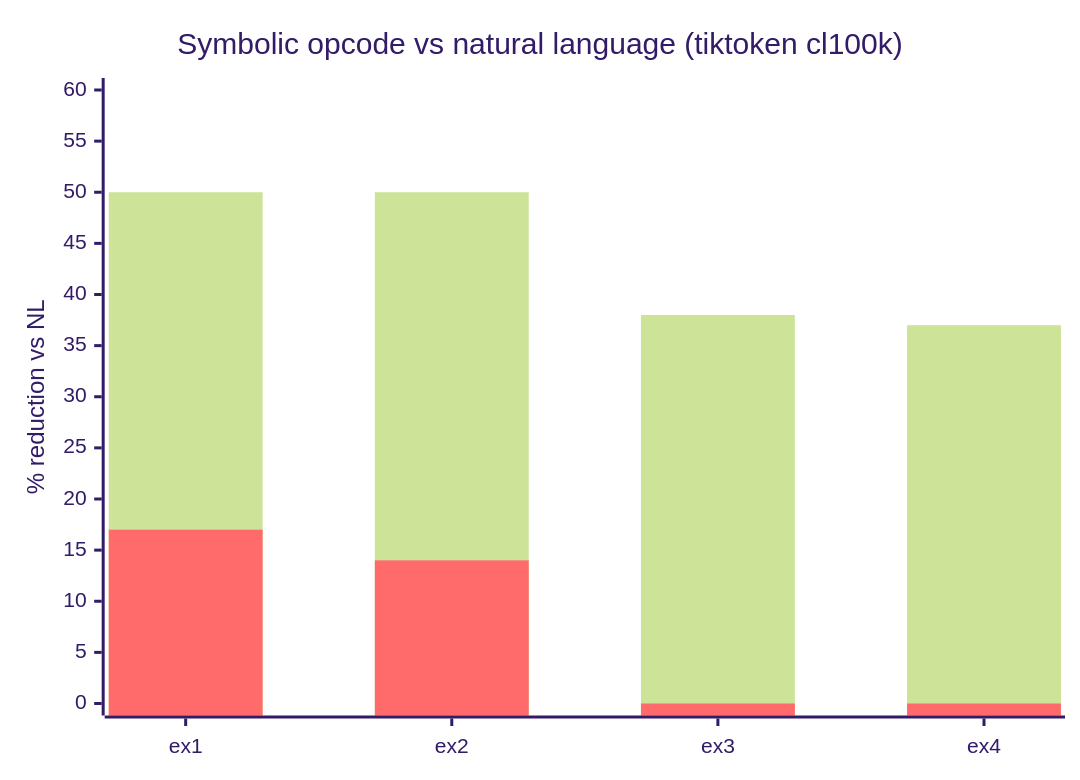
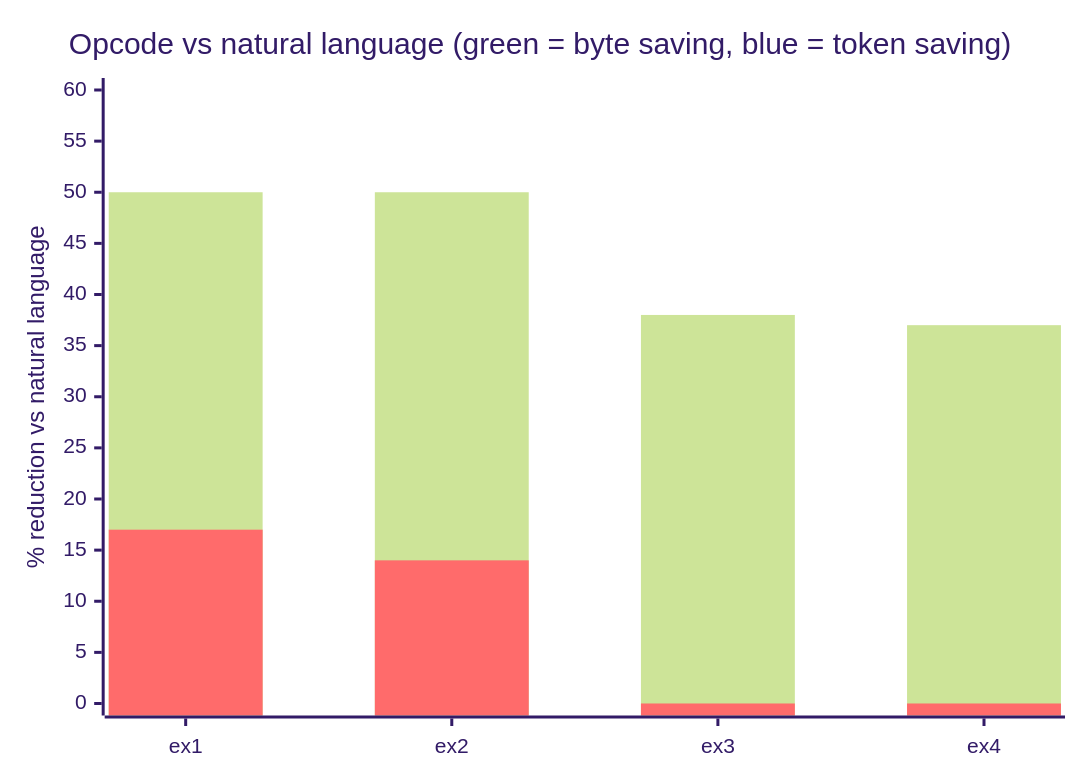
The second of 3 diagrams in README.md (parnish007/TOAP), drawn with Mermaid (forest theme) before and after one commit. The commit also changed other lines of this file and 1 other file, not shown here.

Commit message:
Add docs/EXPLAINER.md (detailed top-down walkthrough); de-emojify README, cleaner diagrams

````diff
--- a/README.md
+++ b/README.md
@@ -149,8 +162,8 @@
 ```mermaid
 xychart-beta
-    title "Symbolic opcode vs natural language (tiktoken cl100k)"
-    x-axis ["ex1", "ex2", "ex3", "ex4"]
-    y-axis "% reduction vs NL" 0 --> 60
+    title "Opcode vs natural language  (green = byte saving, blue = token saving)"
+    x-axis [ex1, ex2, ex3, ex4]
+    y-axis "% reduction vs natural language" 0 --> 60
     bar [50, 50, 38, 37]
     bar [17, 14, 0, 0]
 ```
````
